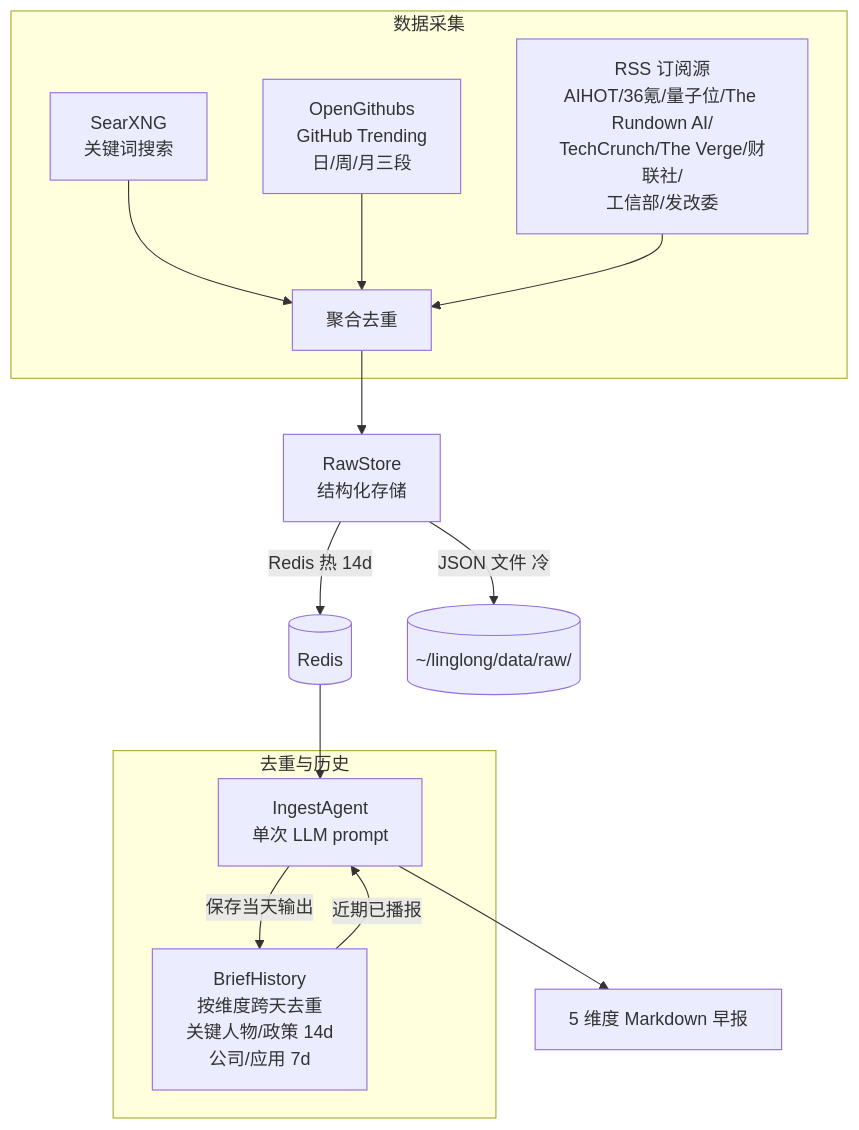
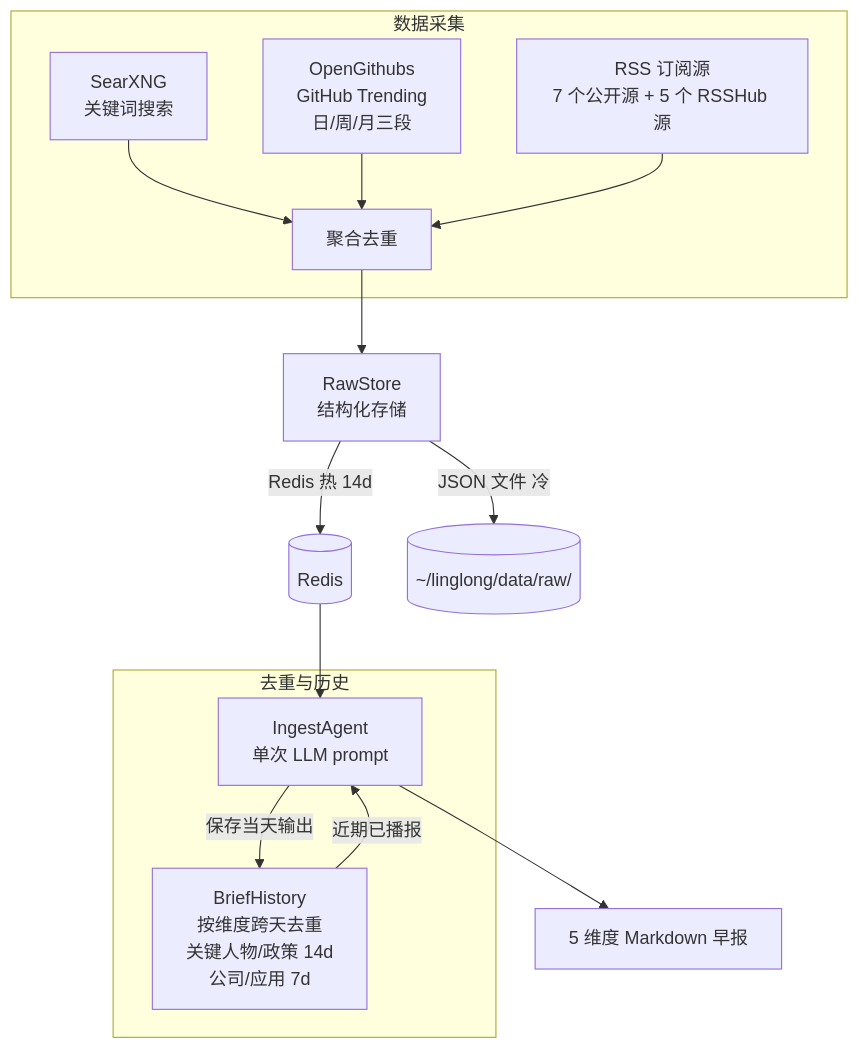
Before and after one commit to xinovate/linglong-scout: the diagram in docs/README.md, drawn with Mermaid. The commit also changed other lines of this file and 9 other files, not shown here.

````diff
--- a/docs/README.md
+++ b/docs/README.md
@@ -40,20 +40,20 @@
 ```mermaid
 graph TD
     subgraph 数据采集
         A1[SearXNG<br/>关键词搜索] --> D[聚合去重]
         A2[OpenGithubs<br/>GitHub Trending<br/>日/周/月三段] --> D
-        A3[RSS 订阅源<br/>AIHOT/36氪/量子位/The Rundown AI/<br/>TechCrunch/The Verge/财联社/<br/>工信部/发改委] --> D
+        A3[RSS 订阅源<br/>7 个公开源 + 5 个 RSSHub 源] --> D
     end
 
     D --> R[RawStore<br/>结构化存储]
     R -->|Redis 热 14d| RH[(Redis)]
     R -->|JSON 文件 冷| RF[(~/linglong/data/raw/)]
 
     RH --> E[IngestAgent<br/>单次 LLM prompt]
     E --> F[5 维度 Markdown 早报]
 
     subgraph 去重与历史
         G[BriefHistory<br/>按维度跨天去重<br/>关键人物/政策 14d<br/>公司/应用 7d] -->|近期已播报| E
         E -->|保存当天输出| G
     end
 ```
````
